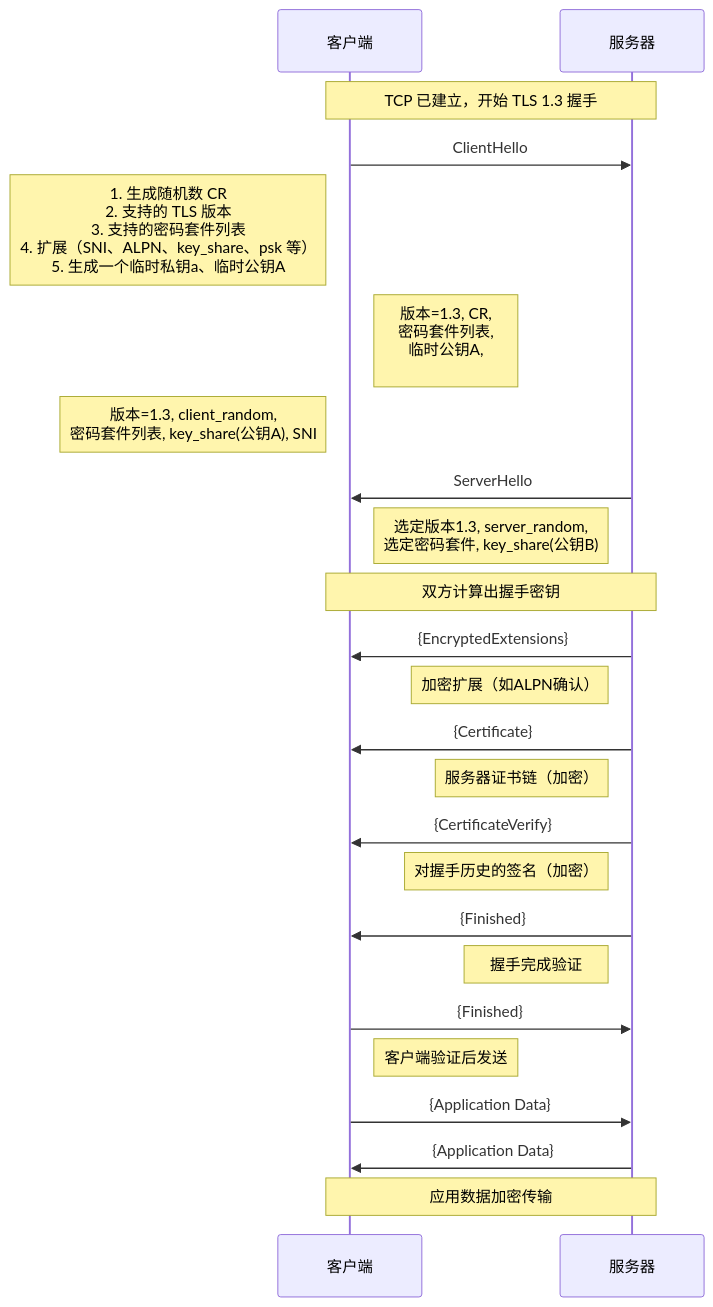
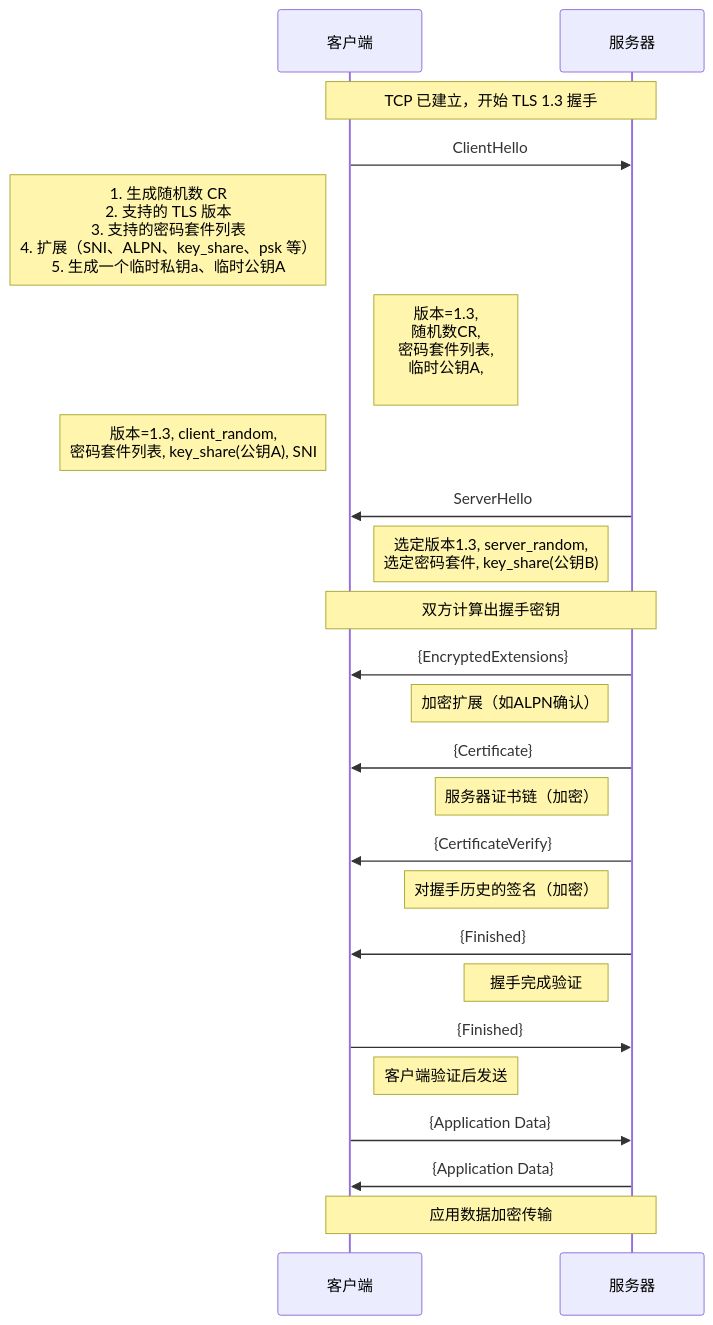
One commit to HY-10-8/iodraw-files changed the diagram in all/TLS-1.3-通用.md. Above: the diagram before and after it, drawn with Mermaid.

Commit message:
2026-03-30 17:58:11 update

````diff
--- a/all/TLS-1.3-通用.md
+++ b/all/TLS-1.3-通用.md
@@ -1,36 +1,36 @@
 ```mermaid
 sequenceDiagram
     participant C as 客户端
     participant S as 服务器
 
     Note over C,S: TCP 已建立，开始 TLS 1.3 握手
 
     C->>S: ClientHello
     Note left of C: 1. 生成随机数 CR<br/> 2. 支持的 TLS 版本<br/> 3. 支持的密码套件列表<br/> 4. 扩展（SNI、ALPN、key_share、psk 等）<br/> 5. 生成一个临时私钥a、临时公钥A
-    Note right of C: 版本=1.3, CR,<br/> 密码套件列表,<br/> 临时公钥A,<br/>
+    Note right of C: 版本=1.3,<br/> 随机数CR,<br/> 密码套件列表,<br/> 临时公钥A,<br/>
     Note left of C: 版本=1.3, client_random,<br/> 密码套件列表, key_share(公钥A), SNI
 
     S->>C: ServerHello
     Note left of S: 选定版本1.3, server_random,<br/> 选定密码套件, key_share(公钥B)
 
     Note over C,S: 双方计算出握手密钥
 
     S->>C: {EncryptedExtensions}
     Note left of S: 加密扩展（如ALPN确认）
 
     S->>C: {Certificate}
     Note left of S: 服务器证书链（加密）
 
     S->>C: {CertificateVerify}
     Note left of S: 对握手历史的签名（加密）
 
     S->>C: {Finished}
     Note left of S: 握手完成验证
 
     C->>S: {Finished}
     Note right of C: 客户端验证后发送
 
     C->>S: {Application Data}
     S->>C: {Application Data}
     Note over C,S: 应用数据加密传输
 ```
````
